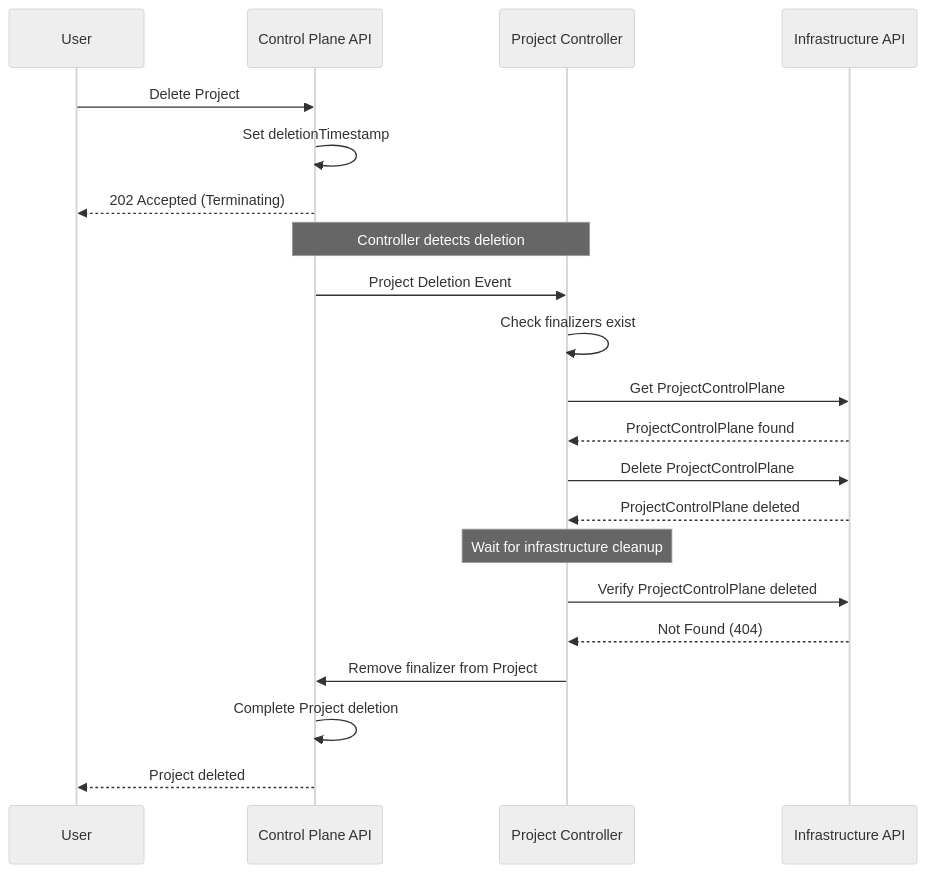
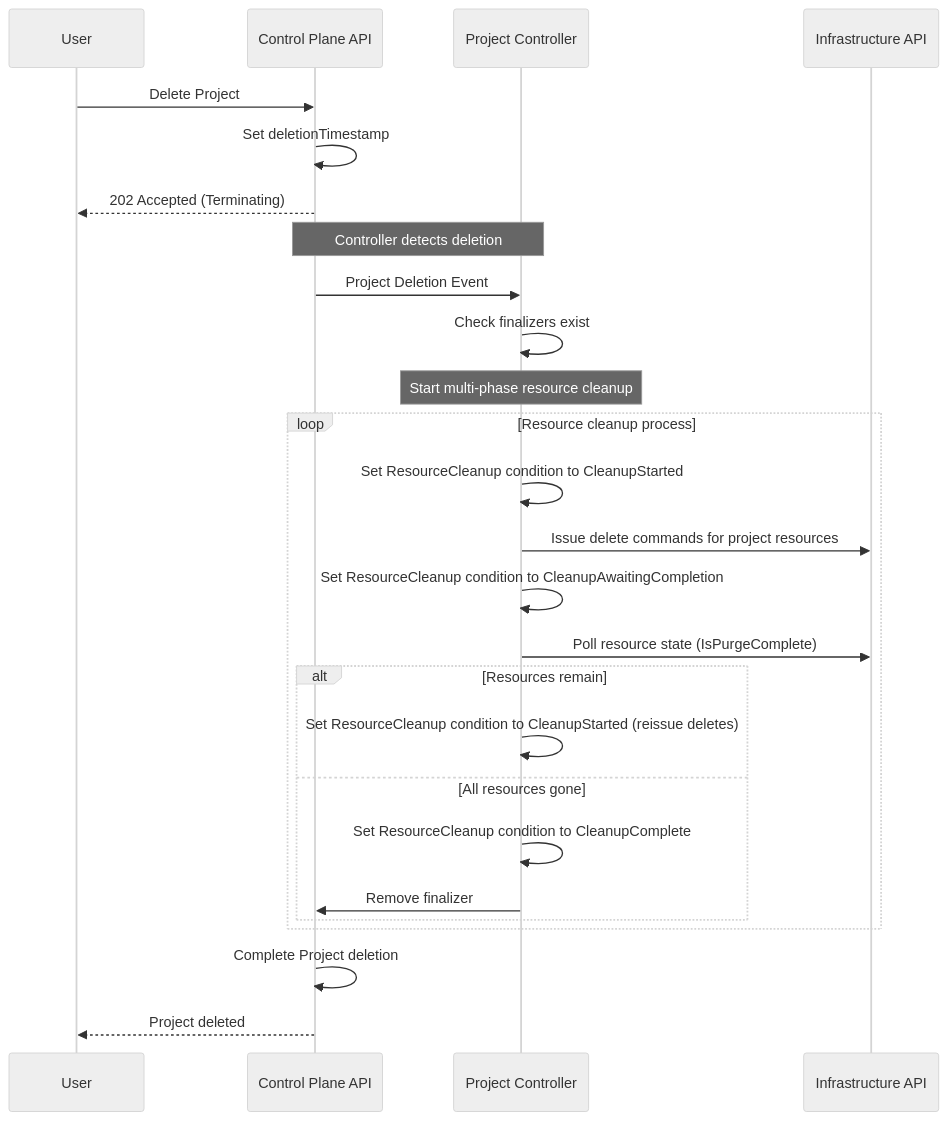
One commit to datum-cloud/milo changed the third of 3 diagrams in docs/architecture/controllers/project-controller/README.md. Above: the diagram before and after it, drawn with Mermaid (neutral theme). The commit also changed other lines of this file and 1 other file, not shown here.

Commit message:
[skip ci] docs: fix outdated docs

````diff
--- a/docs/architecture/controllers/project-controller/README.md
+++ b/docs/architecture/controllers/project-controller/README.md
@@ -202,29 +201,31 @@
 ```mermaid
 sequenceDiagram
     participant User
     participant API as Control Plane API
     participant PC as Project Controller
     participant InfraAPI as Infrastructure API
 
     User->>API: Delete Project
     API->>API: Set deletionTimestamp
     API-->>User: 202 Accepted (Terminating)
 
     Note over API,PC: Controller detects deletion
     API->>PC: Project Deletion Event
 
     PC->>PC: Check finalizers exist
-    PC->>InfraAPI: Get ProjectControlPlane
-    InfraAPI-->>PC: ProjectControlPlane found
-
-    PC->>InfraAPI: Delete ProjectControlPlane
-    InfraAPI-->>PC: ProjectControlPlane deleted
-
-    Note over PC: Wait for infrastructure cleanup
-    PC->>InfraAPI: Verify ProjectControlPlane deleted
-    InfraAPI-->>PC: Not Found (404)
-
-    PC->>API: Remove finalizer from Project
+    Note over PC: Start multi-phase resource cleanup
+    loop Resource cleanup process
+        PC->>PC: Set ResourceCleanup condition to CleanupStarted
+        PC->>InfraAPI: Issue delete commands for project resources
+        PC->>PC: Set ResourceCleanup condition to CleanupAwaitingCompletion
+        PC->>InfraAPI: Poll resource state (IsPurgeComplete)
+        alt Resources remain
+            PC->>PC: Set ResourceCleanup condition to CleanupStarted (reissue deletes)
+        else All resources gone
+            PC->>PC: Set ResourceCleanup condition to CleanupComplete
+            PC->>API: Remove finalizer
+        end
+    end
     API->>API: Complete Project deletion
     API-->>User: Project deleted
 ```
````
